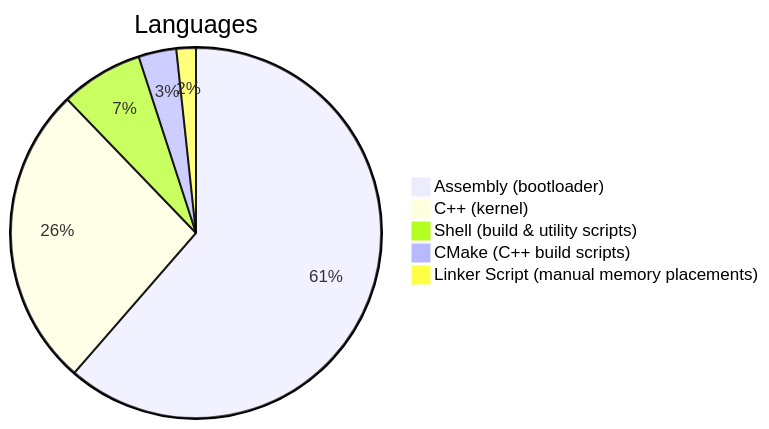
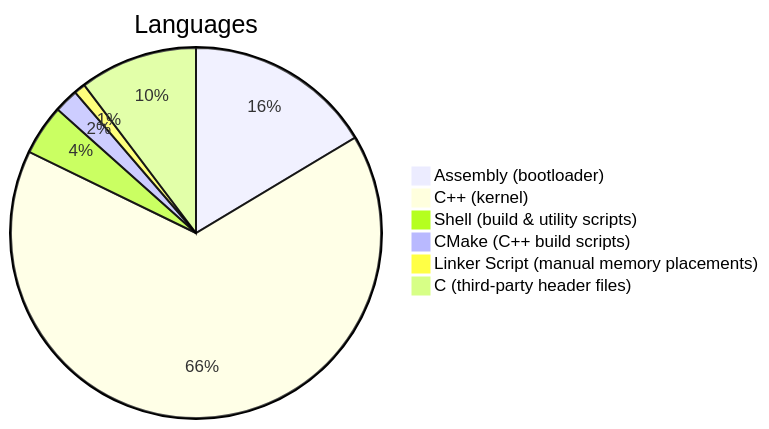
One commit to alx-m24/Lexvi changed the diagram in README.md. Above: the diagram before and after it, drawn with Mermaid.

Commit message:
Revise language statistics in README
Updated language distribution in the project pie chart.

````diff
--- a/README.md
+++ b/README.md
@@ -11,8 +11,9 @@
 ```mermaid
 pie title Languages
-    "Assembly (bootloader)" : 61.4
-    "C++ (kernel)" : 26.4
-    "Shell (build & utility scripts)" : 7.2
-    "CMake (C++ build scripts)" : 3.3
-    "Linker Script (manual memory placements)" : 1.7
+    "Assembly (bootloader)" : 16.4
+    "C++ (kernel)" : 65.8
+    "Shell (build & utility scripts)" : 4.4
+    "CMake (C++ build scripts)" : 2.1
+    "Linker Script (manual memory placements)" : 1.0
+    "C (third-party header files)" : 10.3
 ```
````
